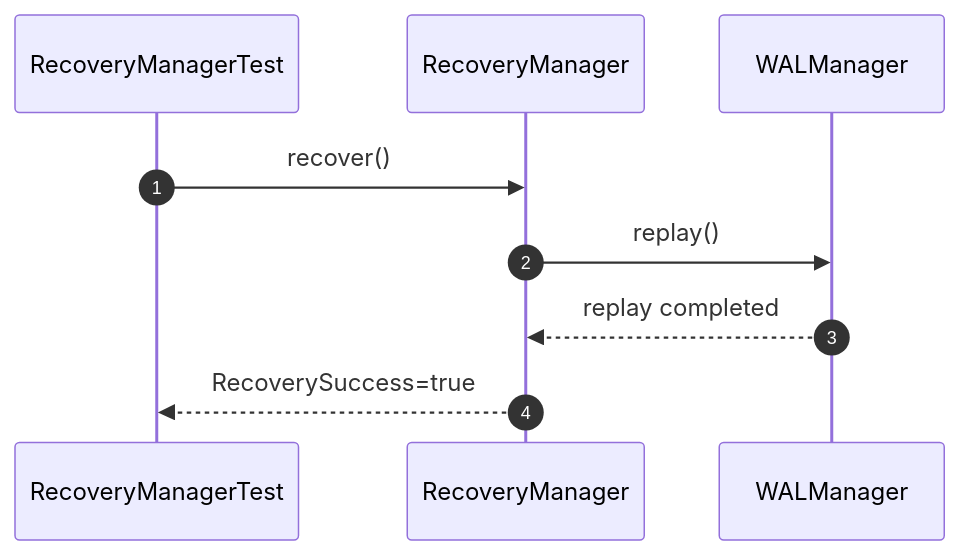
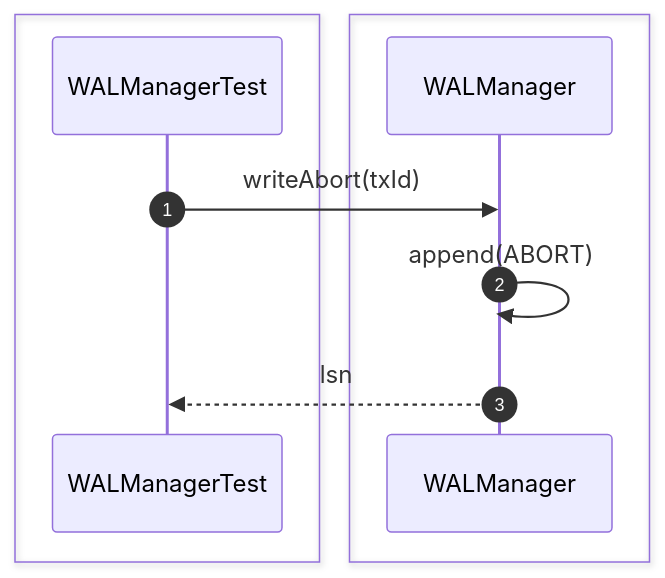
Before and after one commit to Huy1801214/dbms-architecture: the seventh of 28 diagrams in src/sequence/recovery.md, drawn with Mermaid. The commit also changed other lines of this file and 10 other files, not shown here.

Commit message:
add comprehensive sequence diagrams and documentation for system architecture and unit testing specifications

````diff
--- a/src/sequence/recovery.md
+++ b/src/sequence/recovery.md
@@ -78,15 +110,15 @@
-```mermaid 
+```mermaid
 sequenceDiagram
     autonumber
-    participant Test as RecoveryManagerTest
-    participant Recovery as RecoveryManager
+
+    box #e1f5fe Test Suite
+    participant Test as WALManagerTest
+    end
+    box #ffebee Recovery Components
     participant WAL as WALManager
+    end
 
-    Test->>Recovery: recover()
-
-    Recovery->>WAL: replay()
-
-    WAL-->>Recovery: replay completed
-
-    Recovery-->>Test: RecoverySuccess=true
+    Test->>WAL: writeAbort(txId)
+    WAL->>WAL: append(ABORT)
+    WAL-->>Test: lsn
 ```
````
